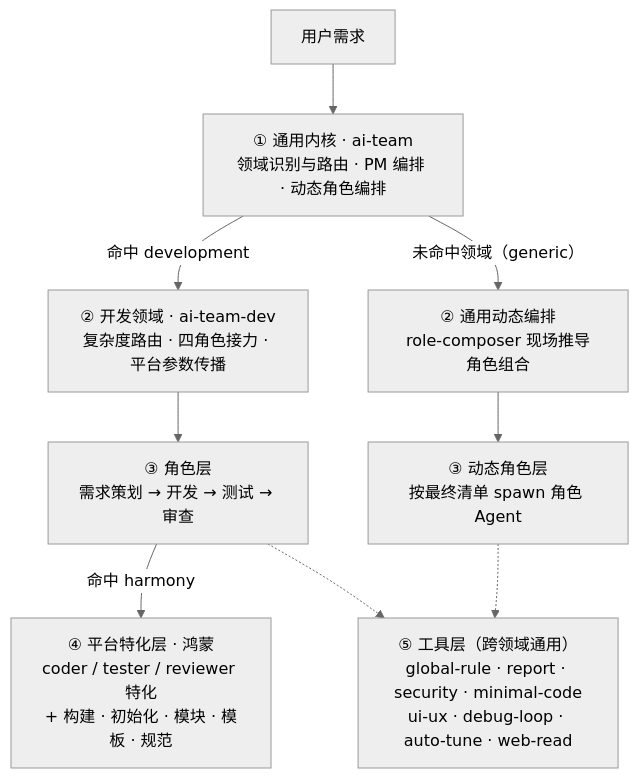
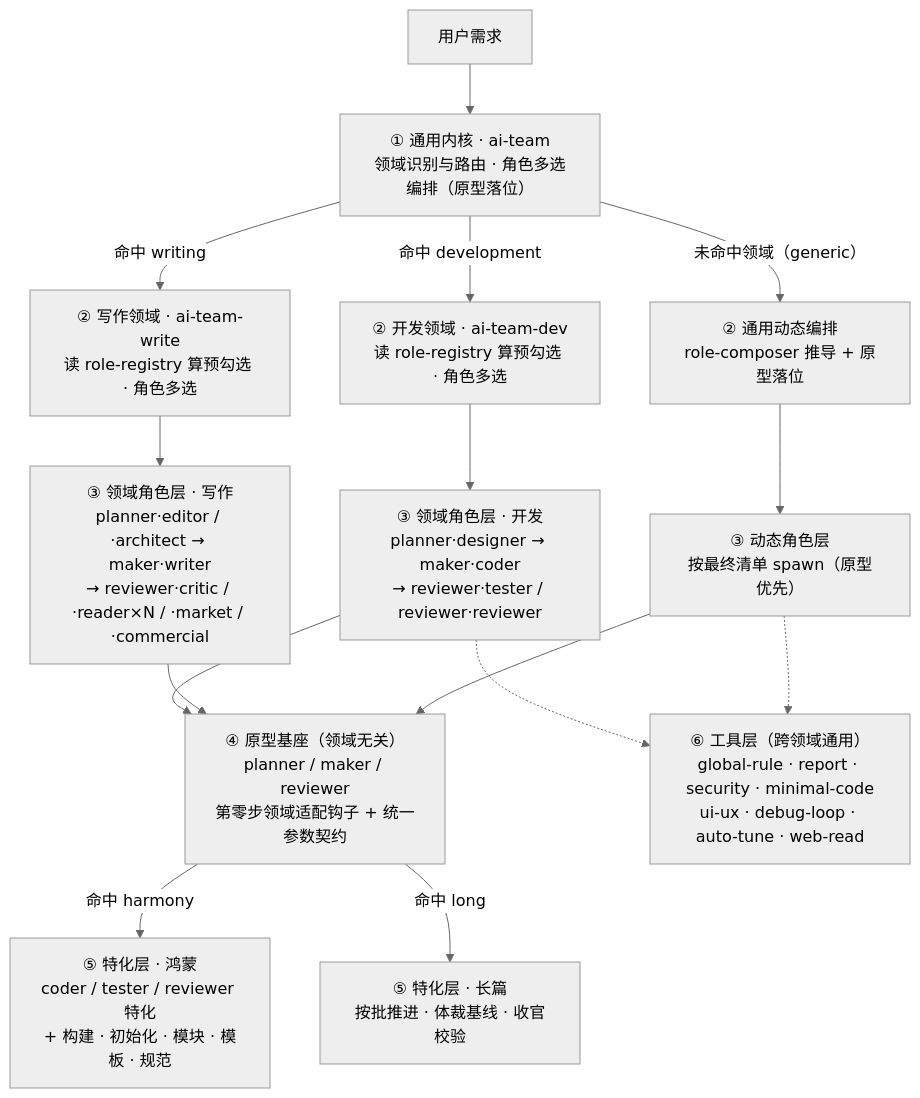
Before and after one commit to pen-ll/ai-team: the second of 5 diagrams in README.md, drawn with Mermaid (neutral theme). The commit also changed other lines of this file and 70 other files, not shown here.

````diff
--- a/README.md
+++ b/README.md
@@ -107,11 +126,17 @@
 ```mermaid
 flowchart TB
-    U["用户需求"] --> A["① 通用内核 · ai-team<br/>领域识别与路由 · PM 编排 · 动态角色编排"]
-    A -->|"命中 development"| B["② 开发领域 · ai-team-dev<br/>复杂度路由 · 四角色接力 · 平台参数传播"]
-    A -->|"未命中领域（generic）"| C["② 通用动态编排<br/>role-composer 现场推导角色组合"]
-    B --> D["③ 角色层<br/>需求策划 → 开发 → 测试 → 审查"]
-    C --> D2["③ 动态角色层<br/>按最终清单 spawn 角色 Agent"]
-    D -->|"命中 harmony"| E["④ 平台特化层 · 鸿蒙<br/>coder / tester / reviewer 特化<br/>+ 构建 · 初始化 · 模块 · 模板 · 规范"]
-    D -.-> F["⑤ 工具层（跨领域通用）<br/>global-rule · report · security · minimal-code<br/>ui-ux · debug-loop · auto-tune · web-read"]
-    D2 -.-> F
+    U["用户需求"] --> A["① 通用内核 · ai-team<br/>领域识别与路由 · 角色多选编排（原型落位）"]
+    A -->|"命中 development"| B["② 开发领域 · ai-team-dev<br/>读 role-registry 算预勾选 · 角色多选"]
+    A -->|"命中 writing"| B2["② 写作领域 · ai-team-write<br/>读 role-registry 算预勾选 · 角色多选"]
+    A -->|"未命中领域（generic）"| C["② 通用动态编排<br/>role-composer 推导 + 原型落位"]
+    B --> D["③ 领域角色层 · 开发<br/>planner·designer → maker·coder<br/>→ reviewer·tester / reviewer·reviewer"]
+    B2 --> D2["③ 领域角色层 · 写作<br/>planner·editor / ·architect → maker·writer<br/>→ reviewer·critic / ·reader×N / ·market / ·commercial"]
+    C --> D3["③ 动态角色层<br/>按最终清单 spawn（原型优先）"]
+    D --> P["④ 原型基座（领域无关）<br/>planner / maker / reviewer<br/>第零步领域适配钩子 + 统一参数契约"]
+    D2 --> P
+    D3 --> P
+    P -->|"命中 harmony"| E["⑤ 特化层 · 鸿蒙<br/>coder / tester / reviewer 特化<br/>+ 构建 · 初始化 · 模块 · 模板 · 规范"]
+    P -->|"命中 long"| E2["⑤ 特化层 · 长篇<br/>按批推进 · 体裁基线 · 收官校验"]
+    D -.-> F["⑥ 工具层（跨领域通用）<br/>global-rule · report · security · minimal-code<br/>ui-ux · debug-loop · auto-tune · web-read"]
+    D3 -.-> F
 ```
````
